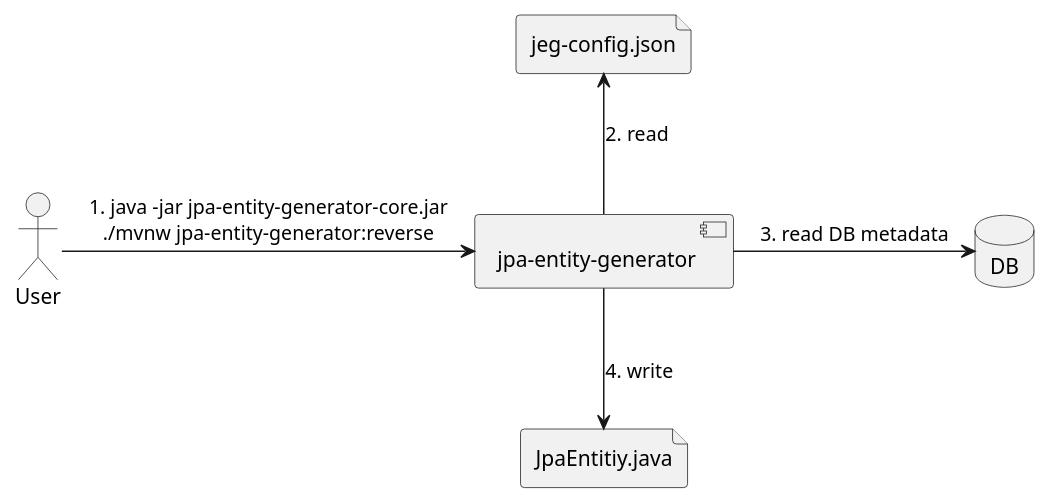
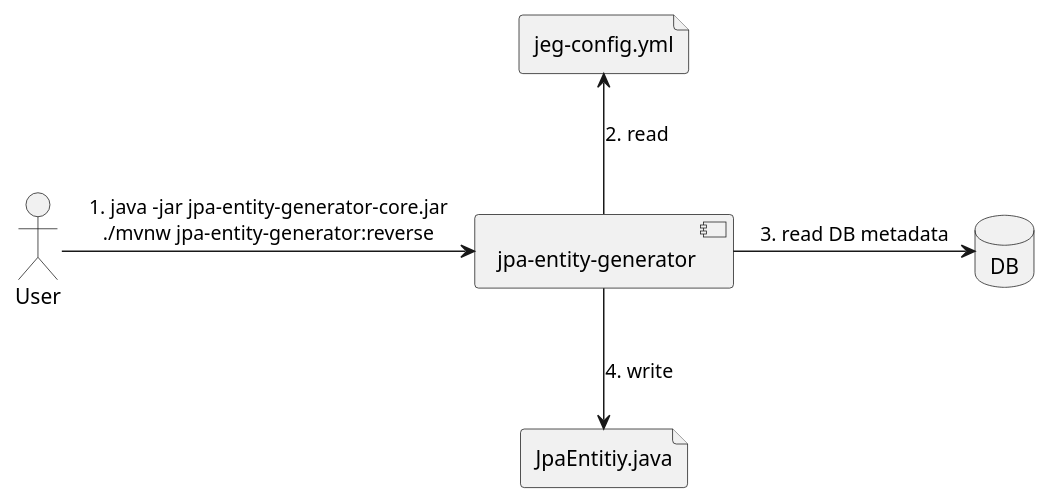
One commit to project-au-lait/jpa-entity-generator changed the diagram in jpa-entity-generator-docs/src/docs/asciidoc/ja/arch-spec/application/application-behavior.pu. Above: the diagram before and after it, drawn with PlantUML. The commit also changed 9 other files, not shown here.

Commit message:
Add yml config support

```diff
--- a/jpa-entity-generator-docs/src/docs/asciidoc/ja/arch-spec/application/application-behavior.pu
+++ b/jpa-entity-generator-docs/src/docs/asciidoc/ja/arch-spec/application/application-behavior.pu
@@ -1,11 +1,11 @@
 
 actor User
 component "jpa-entity-generator" as JEG
 database DB
-file "jeg-config.json" as config
+file "jeg-config.yml" as config
 file "JpaEntitiy.java" as src
 
 User -> JEG : 1. java -jar jpa-entity-generator-core.jar\n./mvnw jpa-entity-generator:reverse
 JEG -up-> config: 2. read
 JEG -> DB: 3. read DB metadata
 JEG --> src: 4. write
```
